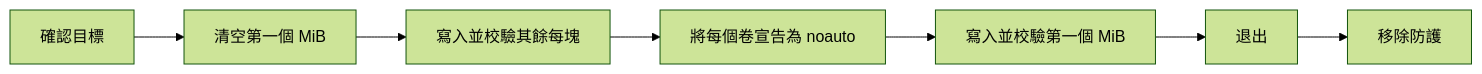
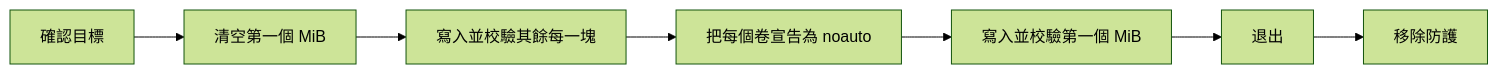
The diagram in README.zh-HK.md (gufranco/kakikomi), drawn with Mermaid (forest theme) before and after one commit. The commit also changed other lines of this file and 39 other files, not shown here.

````diff
--- a/README.zh-HK.md
+++ b/README.zh-HK.md
@@ -124,9 +160,9 @@
 ```mermaid
 graph LR
     A["確認目標"] --> B["清空第一個 MiB"]
-    B --> C["寫入並校驗其餘每塊"]
-    C --> D["將每個卷宣告為 noauto"]
+    B --> C["寫入並校驗其餘每一塊"]
+    C --> D["把每個卷宣告為 noauto"]
     D --> E["寫入並校驗第一個 MiB"]
     E --> F["退出"]
     F --> G["移除防護"]
 ```
````
